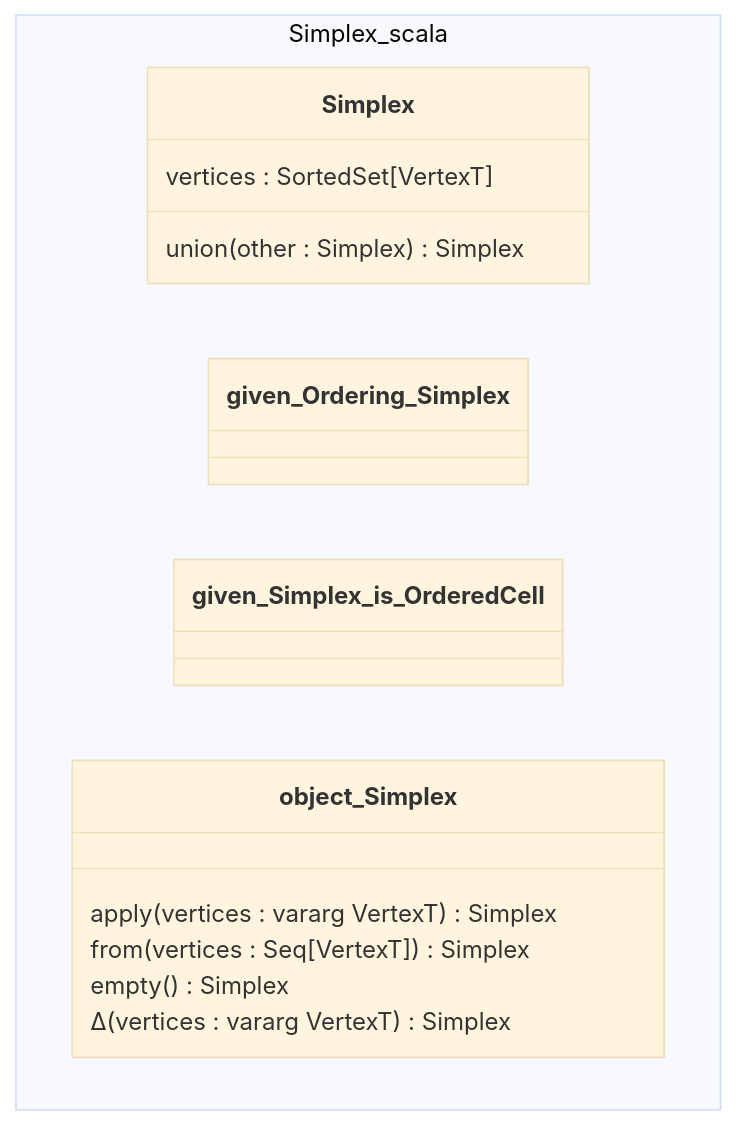
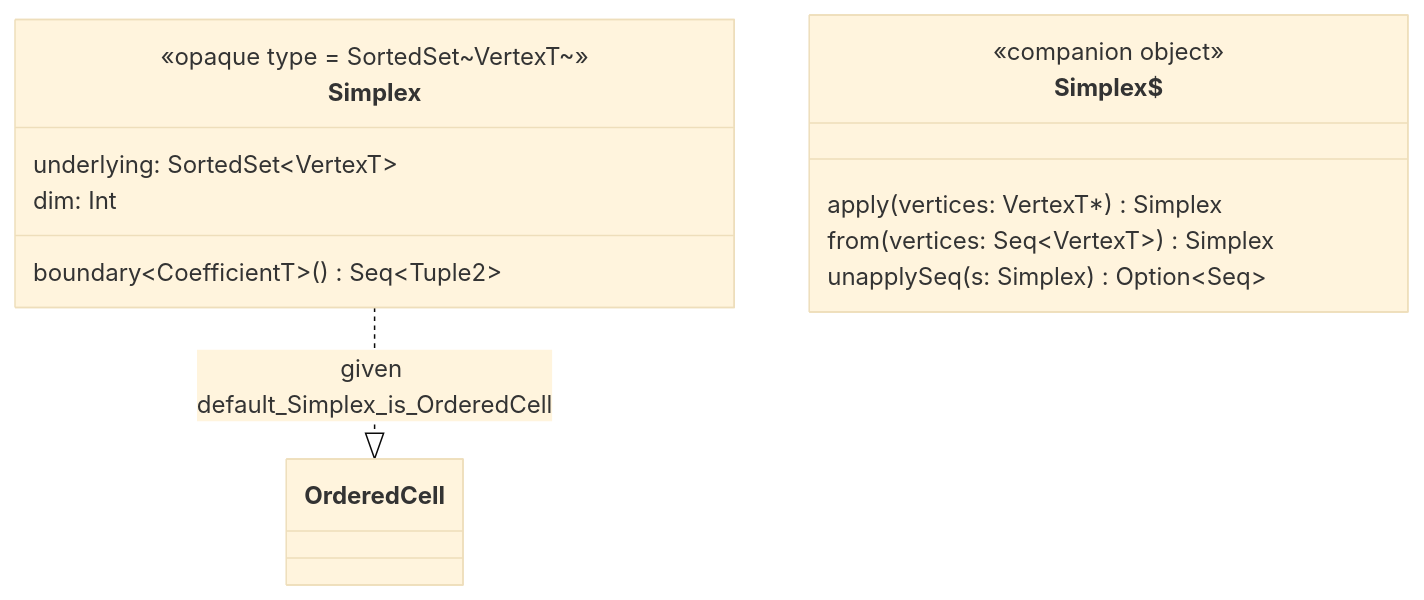
One commit to appliedtopology/tda4j changed the third of 6 diagrams in src/main/paradox/developers-guide/class-diagrams.md. Above: the diagram before and after it, drawn with Mermaid (base theme). The commit also changed other lines of this file and 9 other files, not shown here.

````diff
--- a/src/main/paradox/developers-guide/class-diagrams.md
+++ b/src/main/paradox/developers-guide/class-diagrams.md
@@ -286,17 +104,16 @@
 ```mermaid
 classDiagram
-    namespace Simplex_scala {
-        class Simplex {
-            vertices : SortedSet[VertexT]
-            union(other : Simplex) Simplex
-        }
-        class given_Ordering_Simplex
-        class given_Simplex_is_OrderedCell
-        class object_Simplex {
-            apply(vertices : vararg VertexT) Simplex
-            from(vertices : Seq[VertexT]) Simplex
-            empty() Simplex
-            ∆(vertices : vararg VertexT) Simplex
-        }
+    class Simplex {
+        <<opaque type = SortedSet~VertexT~>>
+        underlying: SortedSet~VertexT~
+        dim: Int
+        boundary~CoefficientT~() Seq~Tuple2~
     }
+    class `Simplex$` {
+        <<companion object>>
+        apply(vertices: VertexT*) Simplex
+        from(vertices: Seq~VertexT~) Simplex
+        unapplySeq(s: Simplex) Option~Seq~
+    }
+    Simplex ..|> OrderedCell : given default_Simplex_is_OrderedCell
 ```
````
